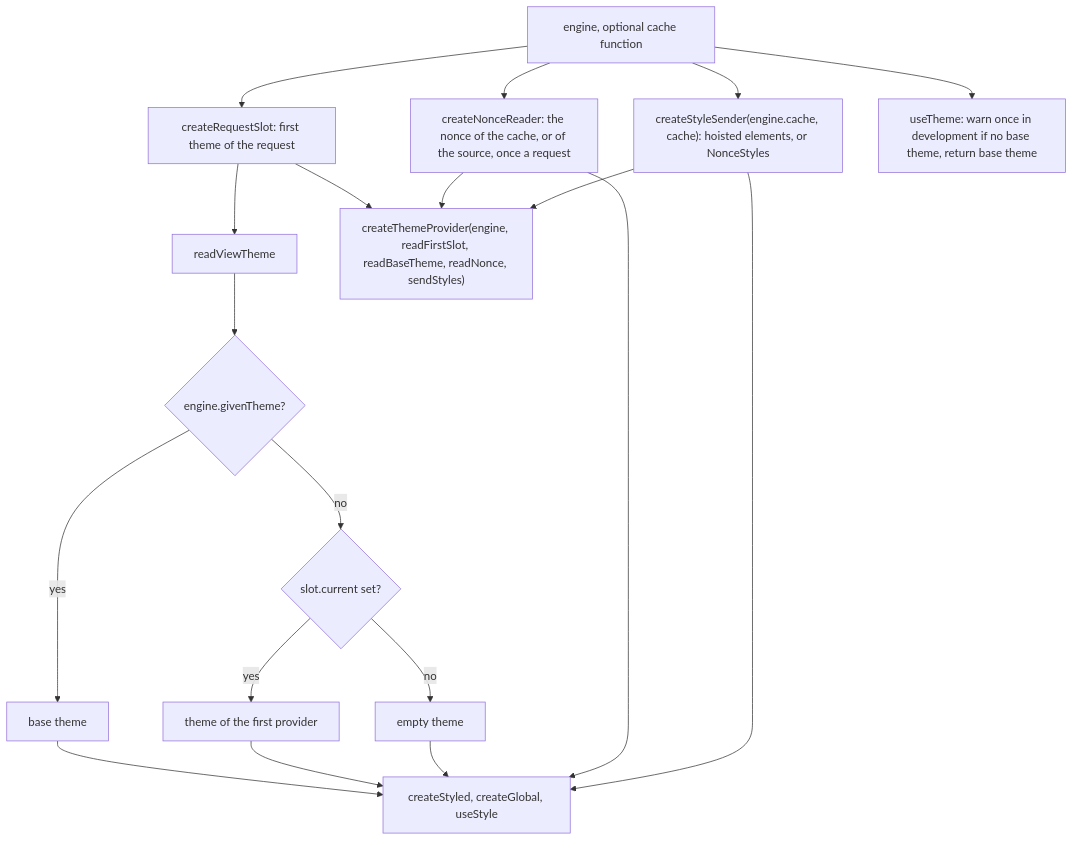
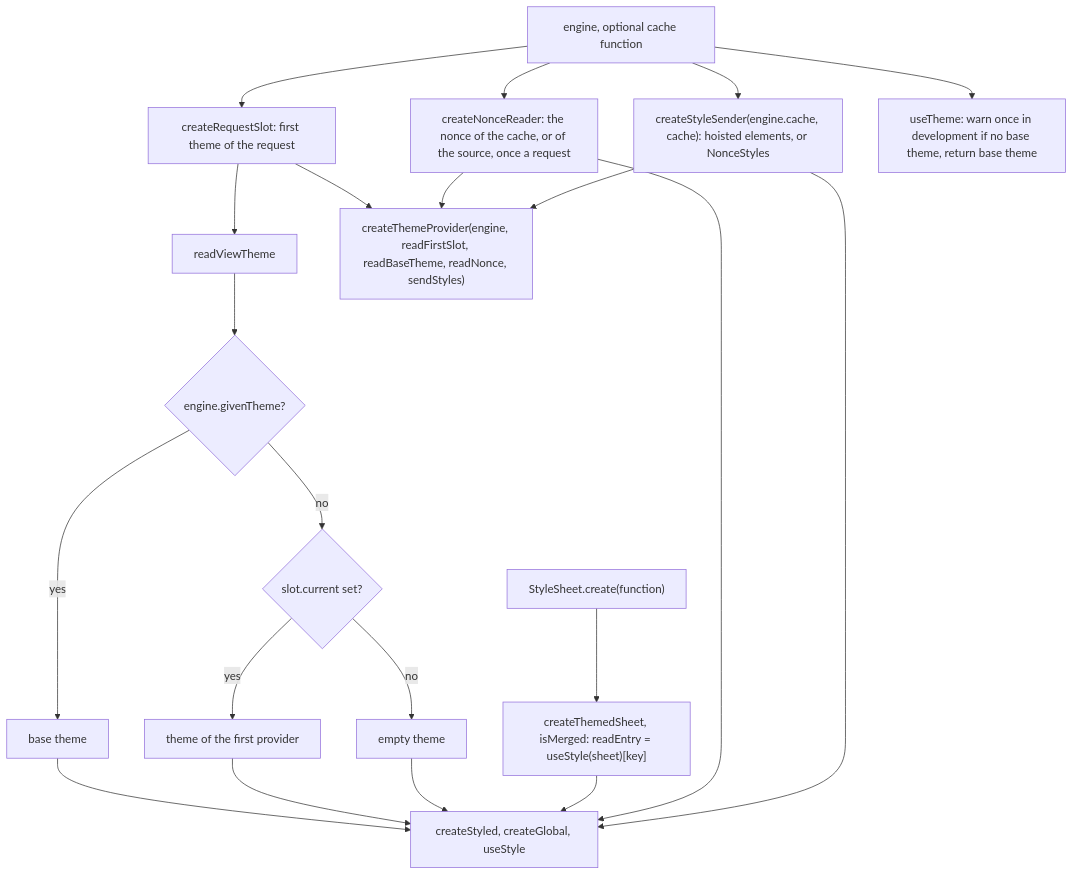
Before and after one commit to soroush-tech/umber-style: the diagram in packages/react/src/createStyle.server.md, drawn with Mermaid. The commit also changed other lines of this file and 80 other files, not shown here.

Commit message:
feat: a styled component resolves an entry of a theme sheet given to its style prop with no useStyle, and SheetStyleProp types a style prop of sheet entries in every binding - close #88, close #89

````diff
--- a/packages/react/src/createStyle.server.md
+++ b/packages/react/src/createStyle.server.md
@@ -28,21 +28,23 @@
 ```mermaid
 flowchart TD
   engine["engine, optional cache function"] --> slot["createRequestSlot: first theme of the request"]
   slot --> viewTheme["readViewTheme"]
   viewTheme --> base{"engine.givenTheme?"}
   base -->|yes| useBase["base theme"]
   base -->|no| first{"slot.current set?"}
   first -->|yes| useFirst["theme of the first provider"]
   first -->|no| empty["empty theme"]
   useBase --> parts["createStyled, createGlobal, useStyle"]
   useFirst --> parts
   empty --> parts
+  create["StyleSheet.create(function)"] --> handles["createThemedSheet, isMerged: readEntry = useStyle(sheet)[key]"]
+  handles --> parts
   slot --> provider["createThemeProvider(engine, readFirstSlot, readBaseTheme, readNonce, sendStyles)"]
   engine --> nonce["createNonceReader: the nonce of the cache, or of the source, once a request"]
   nonce --> parts
   nonce --> provider
   engine --> sender["createStyleSender(engine.cache, cache): hoisted elements, or NonceStyles"]
   sender --> parts
   sender --> provider
   engine --> useTheme["useTheme: warn once in development if no base theme, return base theme"]
 ```
````
